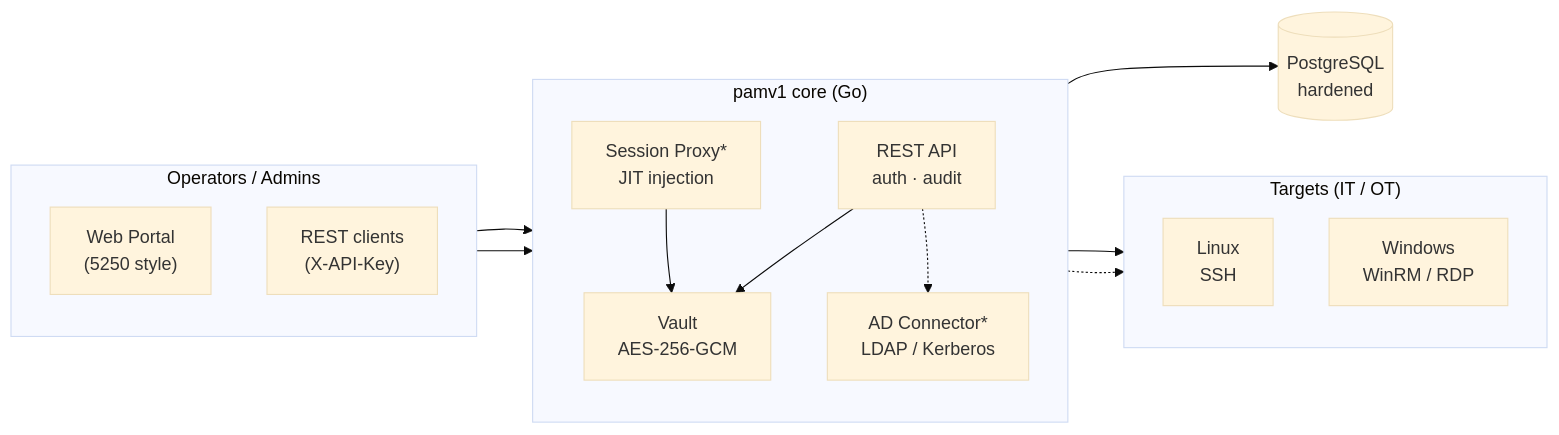
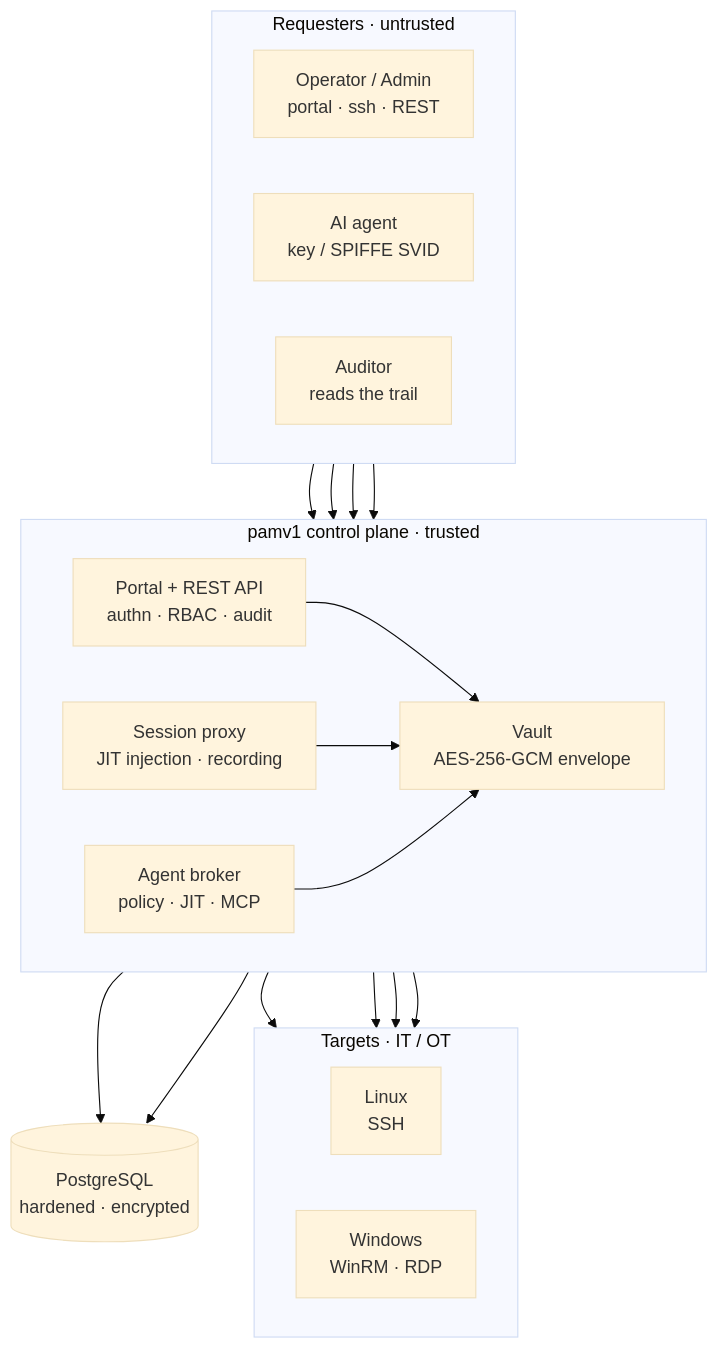
One commit to morandeirachema/pamv1 changed the first of 2 diagrams in README.md. Above: the diagram before and after it, drawn with Mermaid (base theme). The commit also changed other lines of this file and 11 other files, not shown here.

````diff
--- a/README.md
+++ b/README.md
@@ -27,33 +50,39 @@
 ```mermaid
-flowchart LR
-    subgraph CLIENTS[" Operators / Admins "]
-        direction TB
-        PORTAL["  Web Portal  <br/>  (5250 style)  "]
-        REST["  REST clients  <br/>  (X-API-Key)  "]
+flowchart TB
+    subgraph REQ[" Requesters · untrusted "]
+        direction LR
+        OPS["Operator / Admin<br/>portal · ssh · REST"]
+        AGENT["AI agent<br/>key / SPIFFE SVID"]
+        AUD["Auditor<br/>reads the trail"]
     end
 
-    subgraph CORE[" pamv1 core (Go) "]
-        direction TB
-        API["  REST API  <br/>  auth · audit  "]
-        VAULT["  Vault  <br/>  AES-256-GCM  "]
-        PROXY["  Session Proxy*  <br/>  JIT injection  "]
-        ADC["  AD Connector*  <br/>  LDAP / Kerberos  "]
+    subgraph CP[" pamv1 control plane · trusted "]
+        direction LR
+        API["Portal + REST API<br/>authn · RBAC · audit"]
+        PROXY["Session proxy<br/>JIT injection · recording"]
+        BROKER["Agent broker<br/>policy · JIT · MCP"]
+        VAULT["Vault<br/>AES-256-GCM envelope"]
     end
 
-    DB[("  PostgreSQL  <br/>  hardened  ")]
+    DB[("PostgreSQL<br/>hardened · encrypted")]
 
-    subgraph TARGETS[" Targets (IT / OT) "]
-        direction TB
-        LNX["  Linux  <br/>  SSH  "]
-        WIN["  Windows  <br/>  WinRM / RDP  "]
+    subgraph TGT[" Targets · IT / OT "]
+        direction LR
+        LNX["Linux<br/>SSH"]
+        WIN["Windows<br/>WinRM · RDP"]
     end
 
-    PORTAL --> API
-    REST --> API
+    OPS --> API
+    OPS --> PROXY
+    AGENT --> BROKER
+    AUD --> API
     API --> VAULT
+    PROXY --> VAULT
+    BROKER --> VAULT
     VAULT --> DB
-    API -.-> ADC
-    PROXY --> VAULT
+    API --> DB
     PROXY --> LNX
-    PROXY -.-> WIN
+    PROXY --> WIN
+    BROKER --> LNX
+    BROKER --> WIN
 ```
````
